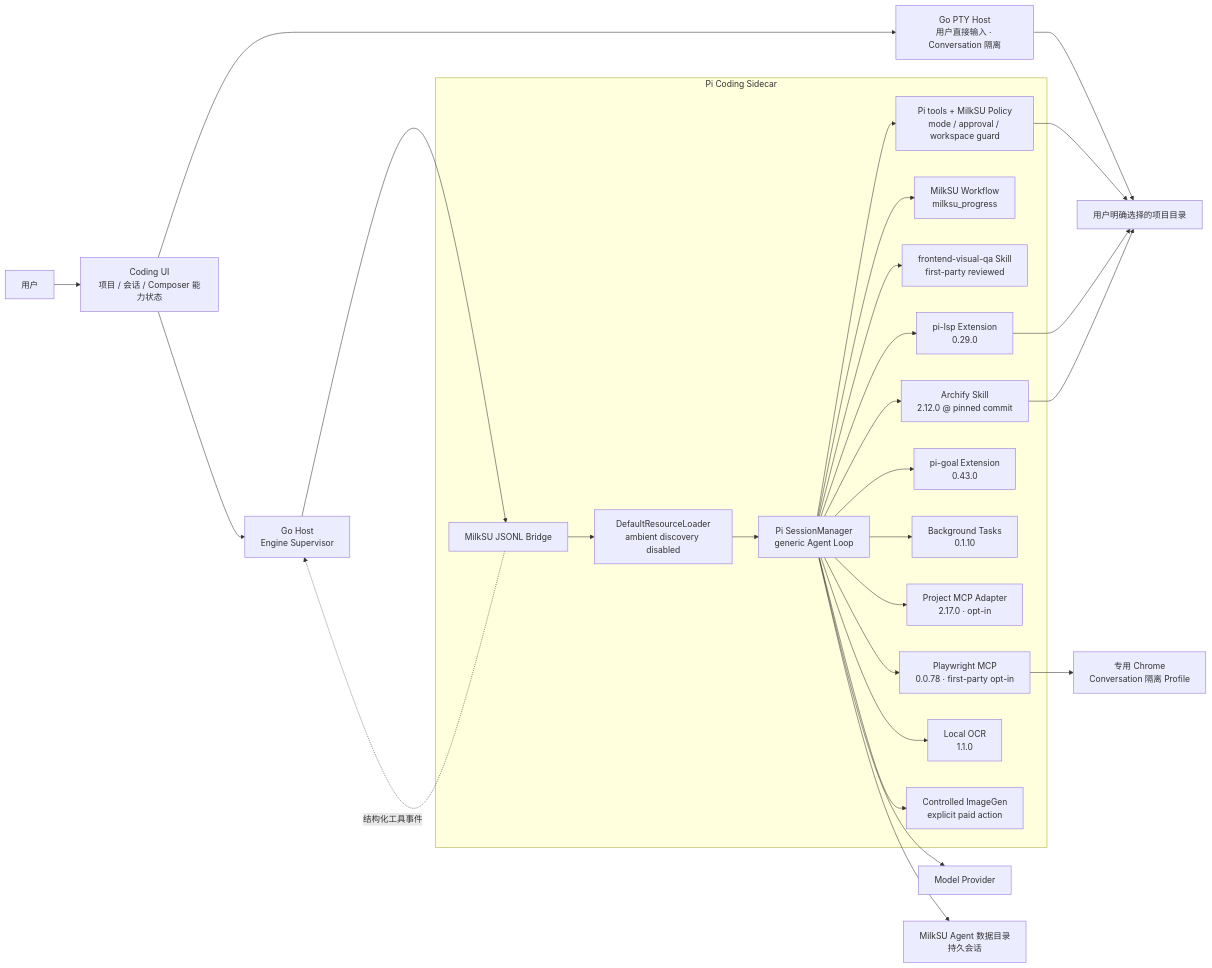
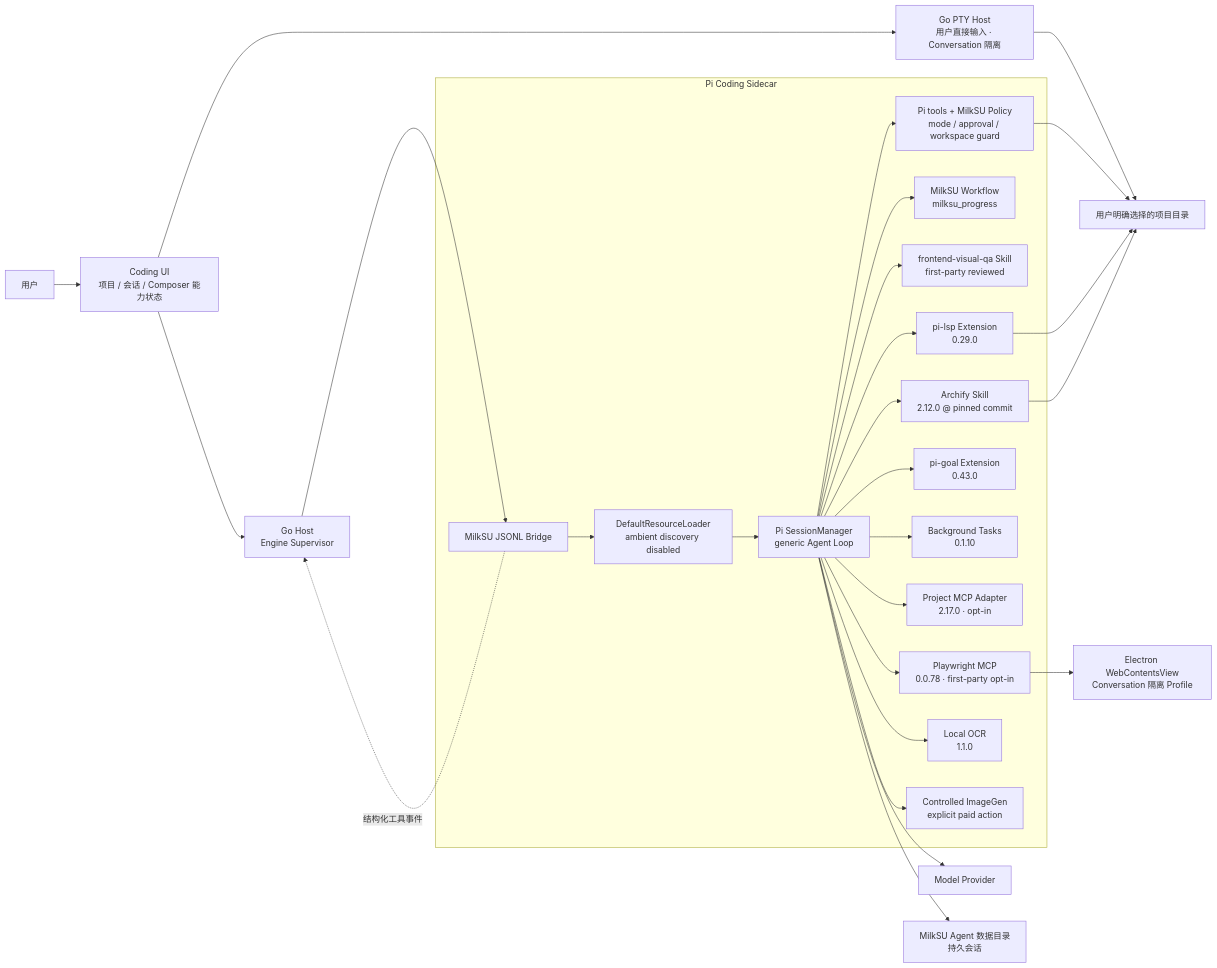
One commit to MilkSU-Official/milksu changed the first of 3 diagrams in docs/architecture/coding-agent-pi-extension-boundary.md. Above: the diagram before and after it, drawn with Mermaid. The commit also changed other lines of this file and 63 other files, not shown here.

````diff
--- a/docs/architecture/coding-agent-pi-extension-boundary.md
+++ b/docs/architecture/coding-agent-pi-extension-boundary.md
@@ -19,50 +19,50 @@
 ```mermaid
 flowchart LR
     user["用户"]
     vue["Coding UI<br/>项目 / 会话 / Composer 能力状态"]
     host["Go Host<br/>Engine Supervisor"]
     pty["Go PTY Host<br/>用户直接输入 · Conversation 隔离"]
 
     subgraph sidecar["Pi Coding Sidecar"]
         bridge["MilkSU JSONL Bridge"]
         loader["DefaultResourceLoader<br/>ambient discovery disabled"]
         session["Pi SessionManager<br/>generic Agent Loop"]
         coreTools["Pi tools + MilkSU Policy<br/>mode / approval / workspace guard"]
         workflow["MilkSU Workflow<br/>milksu_progress"]
         frontendQa["frontend-visual-qa Skill<br/>first-party reviewed"]
         archify["Archify Skill<br/>2.12.0 @ pinned commit"]
         lsp["pi-lsp Extension<br/>0.29.0"]
         goal["pi-goal Extension<br/>0.43.0"]
         background["Background Tasks<br/>0.1.10"]
         mcp["Project MCP Adapter<br/>2.17.0 · opt-in"]
         browserMcp["Playwright MCP<br/>0.0.78 · first-party opt-in"]
         ocr["Local OCR<br/>1.1.0"]
         imagegen["Controlled ImageGen<br/>explicit paid action"]
     end
 
     provider["Model Provider"]
     project["用户明确选择的项目目录"]
     agentData["MilkSU Agent 数据目录<br/>持久会话"]
 
     user --> vue --> host --> bridge
     vue --> pty --> project
     bridge --> loader --> session
     session --> coreTools
     session --> workflow
     session --> frontendQa
     session --> archify
     session --> lsp
     session --> goal
     session --> background
     session --> mcp
     session --> browserMcp
     session --> ocr
     session --> imagegen
     session --> provider
     coreTools --> project
     lsp --> project
     archify --> project
-    browserMcp --> managedBrowser["专用 Chrome<br/>Conversation 隔离 Profile"]
+    browserMcp --> managedBrowser["Electron WebContentsView<br/>Conversation 隔离 Profile"]
     session --> agentData
     bridge -. "结构化工具事件" .-> host
 ```
````
